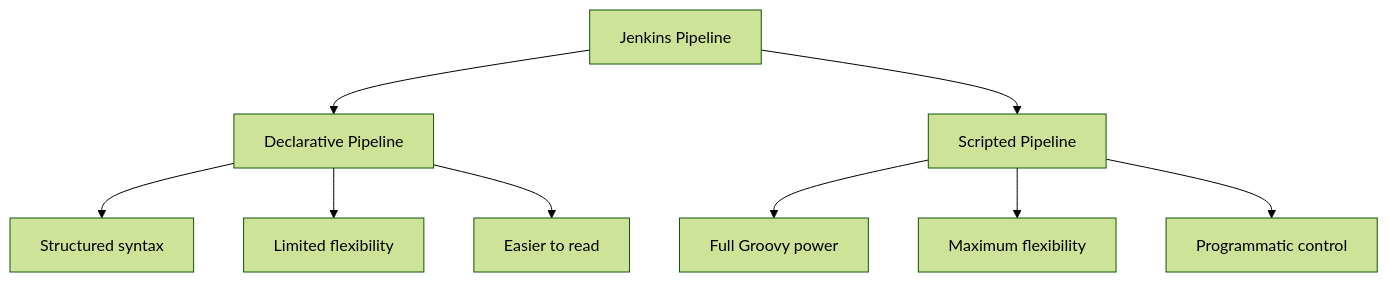
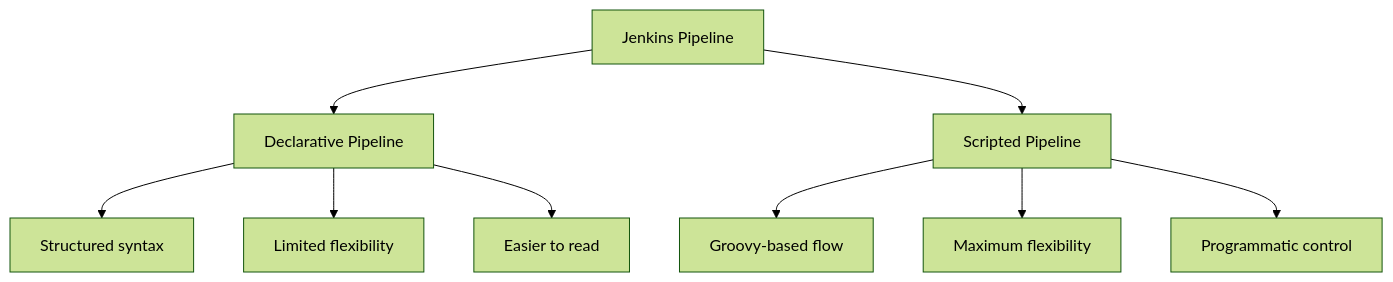
Before and after one commit to OneUptime/blog: the first of 5 diagrams in posts/2026-01-30-jenkins-scripted-pipelines/README.md, drawn with Mermaid (forest theme). The commit also changed other lines of this file and 2 other files, not shown here.

````diff
--- a/posts/2026-01-30-jenkins-scripted-pipelines/README.md
+++ b/posts/2026-01-30-jenkins-scripted-pipelines/README.md
@@ -19,11 +19,11 @@
 ```mermaid
 flowchart TD
     A[Jenkins Pipeline] --> B[Declarative Pipeline]
     A --> C[Scripted Pipeline]
     B --> D[Structured syntax]
     B --> E[Limited flexibility]
     B --> F[Easier to read]
-    C --> G[Full Groovy power]
+    C --> G[Groovy-based flow]
     C --> H[Maximum flexibility]
     C --> I[Programmatic control]
 ```
````
